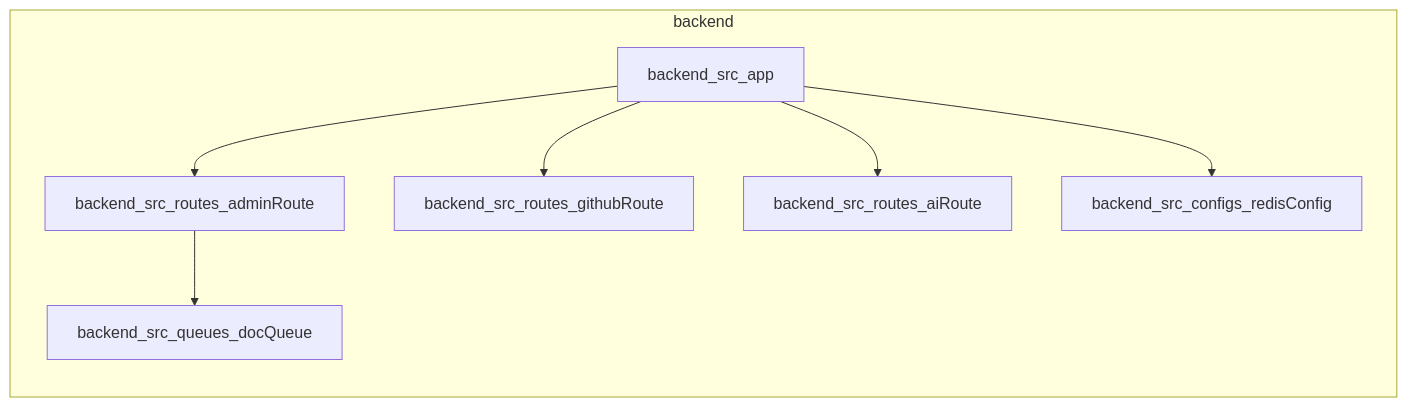
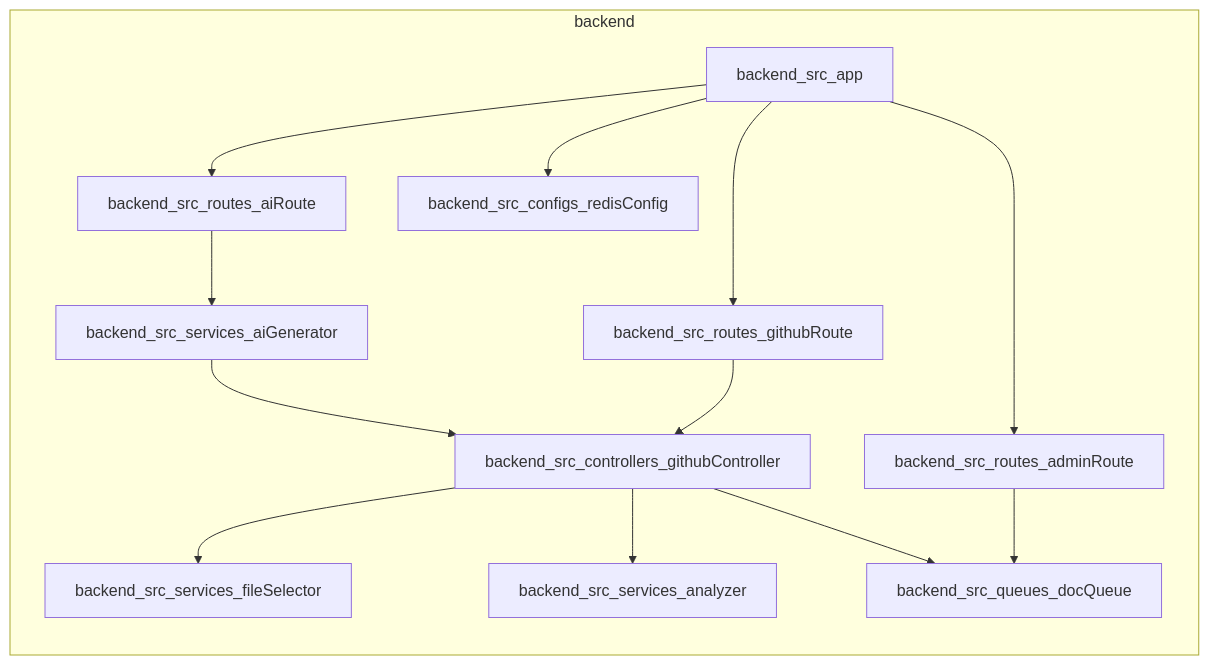
The diagram in README.md (Devesh326/ai-document-generator), drawn with Mermaid before and after one commit.

Commit message:
Add mermaid diagram for backend architecture

````diff
--- a/README.md
+++ b/README.md
@@ -26,10 +26,16 @@
 ```mermaid
 graph LR
   subgraph backend
+    backend_src_controllers_githubController --> backend_src_services_fileSelector
+    backend_src_controllers_githubController --> backend_src_services_analyzer
+    backend_src_controllers_githubController --> backend_src_queues_docQueue
+    backend_src_services_aiGenerator --> backend_src_controllers_githubController
+    backend_src_routes_aiRoute --> backend_src_services_aiGenerator
+    backend_src_routes_githubRoute --> backend_src_controllers_githubController
     backend_src_routes_adminRoute --> backend_src_queues_docQueue
     backend_src_app --> backend_src_routes_githubRoute
     backend_src_app --> backend_src_routes_aiRoute
     backend_src_app --> backend_src_routes_adminRoute
     backend_src_app --> backend_src_configs_redisConfig
   end
 ```
````
